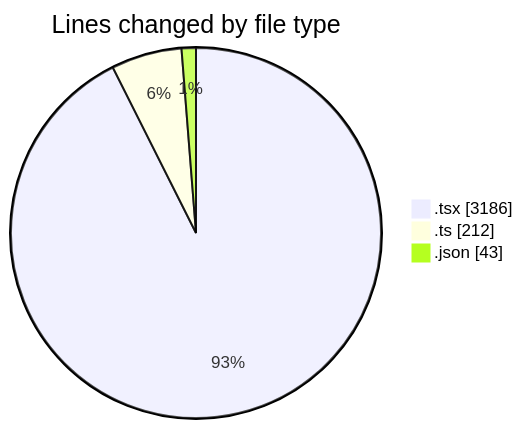
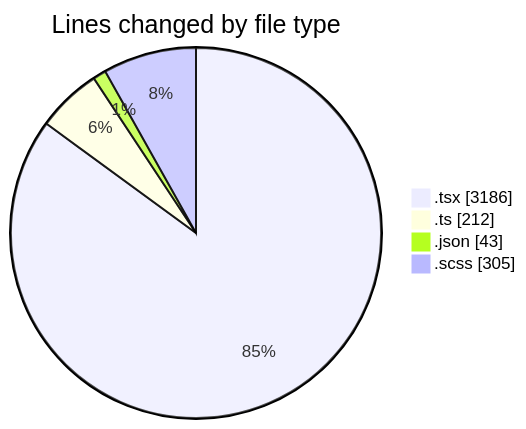
Before and after one commit to momahboobian/code-tracking: the first of 2 diagrams in 2025-09-23/cda/README.md, drawn with Mermaid. The commit also changed other lines of this file and 1 other file, not shown here.

````diff
--- a/2025-09-23/cda/README.md
+++ b/2025-09-23/cda/README.md
@@ -30,7 +31,8 @@
 ```mermaid
 pie showData
 title Lines changed by file type
 ".tsx" : 3186
 ".ts" : 212
 ".json" : 43
+".scss" : 305
 ```
````
